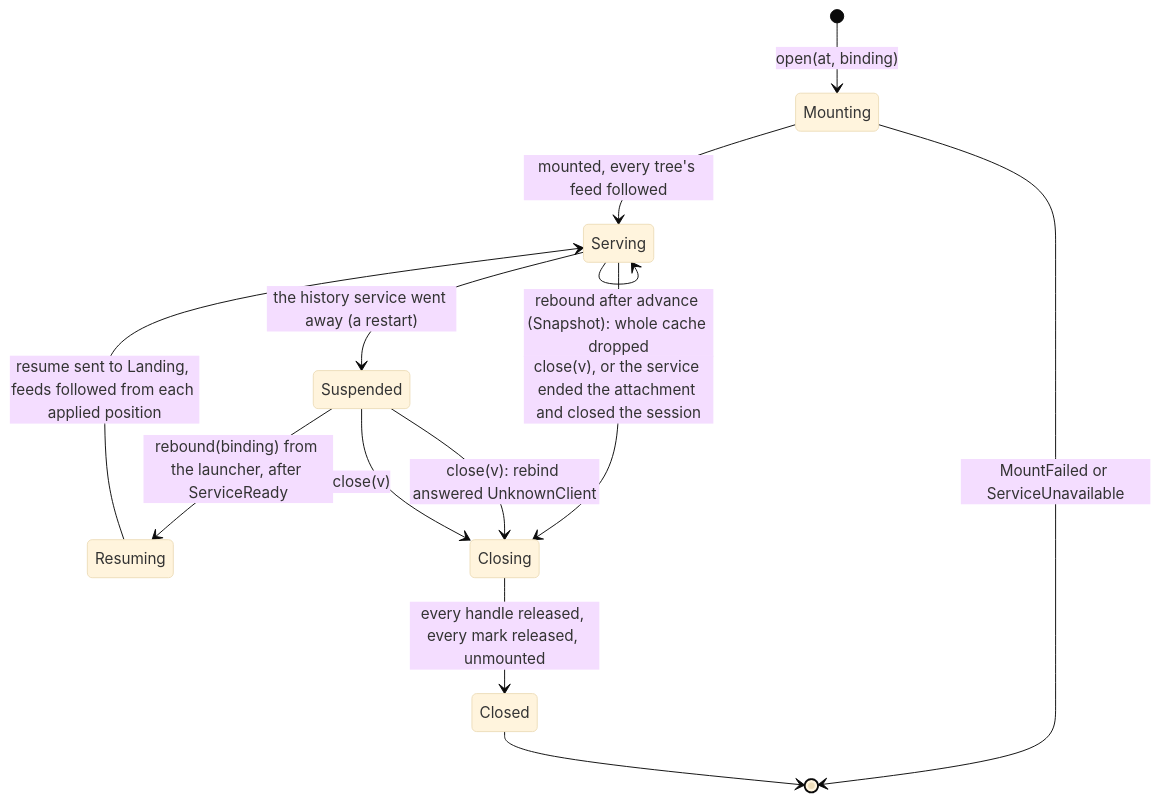
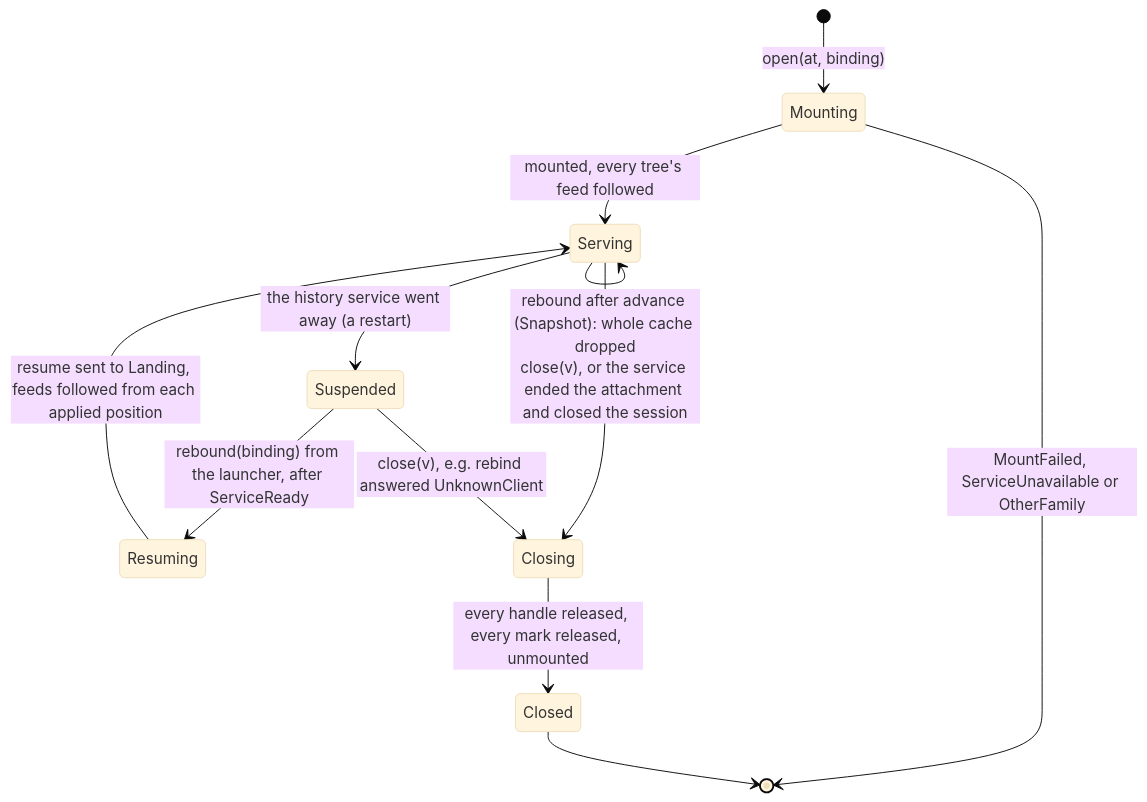
The first of 3 diagrams in docs/target-architecture/domains/views.md (mcurcio/agentfs), drawn with Mermaid (base theme) before and after one commit. The commit also changed other lines of this file and 12 other files, not shown here.

````diff
--- a/docs/target-architecture/domains/views.md
+++ b/docs/target-architecture/domains/views.md
@@ -76,15 +77,14 @@
 ```mermaid
 stateDiagram-v2
   [*] --> Mounting: open(at, binding)
   Mounting --> Serving: mounted, every tree's feed followed
-  Mounting --> [*]: MountFailed or ServiceUnavailable
+  Mounting --> [*]: MountFailed, ServiceUnavailable or OtherFamily
   Serving --> Serving: rebound after advance (Snapshot): whole cache dropped
   Serving --> Suspended: the history service went away (a restart)
   Suspended --> Resuming: rebound(binding) from the launcher, after ServiceReady
   Resuming --> Serving: resume sent to Landing, feeds followed from each applied position
   Serving --> Closing: close(v), or the service ended the attachment and closed the session
-  Suspended --> Closing: close(v): rebind answered UnknownClient
-  Suspended --> Closing: close(v)
+  Suspended --> Closing: close(v), e.g. rebind answered UnknownClient
   Closing --> Closed: every handle released, every mark released, unmounted
   Closed --> [*]
 ```
````
